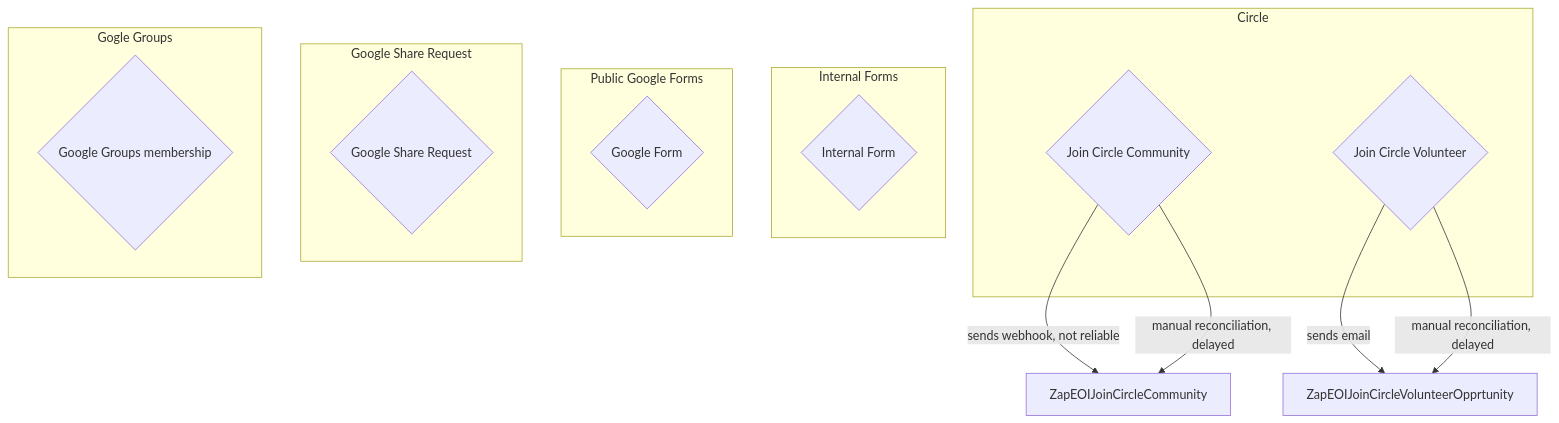
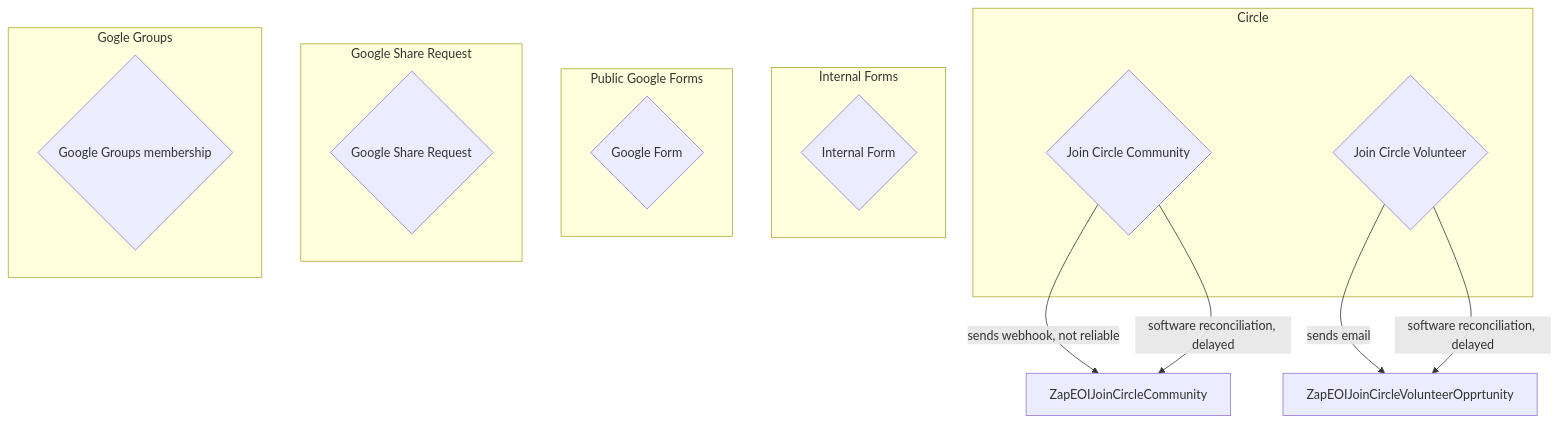
Before and after one commit to CloudSecurityAlliance/CSA-IT-Operations: the diagram in projects/WG-automation/WG-automation-3.md, drawn with Mermaid.

````diff
--- a/projects/WG-automation/WG-automation-3.md
+++ b/projects/WG-automation/WG-automation-3.md
@@ -1,44 +1,44 @@
 ```mermaid
 graph TD;
 
 %% CIRCLE SIDE
 %% Verified email, user initiates action
 subgraph Circle
 joinCircleCommunity{Join Circle Community}
 joinCircleVolunteer{Join Circle Volunteer}
 end
 
 joinCircleCommunity-->|sends webhook, not reliable|ZapEOIJoinCircleCommunity
-joinCircleCommunity-->|manual reconciliation, delayed|ZapEOIJoinCircleCommunity
+joinCircleCommunity-->|software reconciliation, delayed|ZapEOIJoinCircleCommunity
 
 joinCircleVolunteer-->|sends email|ZapEOIJoinCircleVolunteerOpprtunity
-joinCircleVolunteer-->|manual reconciliation, delayed|ZapEOIJoinCircleVolunteerOpprtunity
+joinCircleVolunteer-->|software reconciliation, delayed|ZapEOIJoinCircleVolunteerOpprtunity
 
 %% Internal Forms
 %% Internal form, assumes EOI given
 subgraph Internal Forms
 FillOutInternalForm{Internal Form}
 end
 
 
 
 %% Public Google Forms
 %% Rerquire valid google account email, so that ensures sharing will work
 subgraph Public Google Forms
 FillOutGoogleForm{Google Form}
 end
 
 %% Google Share Request
 %% Rerquire valid google account email, so that ensures sharing will work
 %% This could be automated to add tem, or reply with signup links
 subgraph Google Share Request
 GoogleShareRequest{Google Share Request}
 end
 
 %% Google Groups
 %% Do we allow arbitrary signup? no... existing users however.
 subgraph Gogle Groups
 GoogleGroups{Google Groups membership}
 end
 
 ```
````
